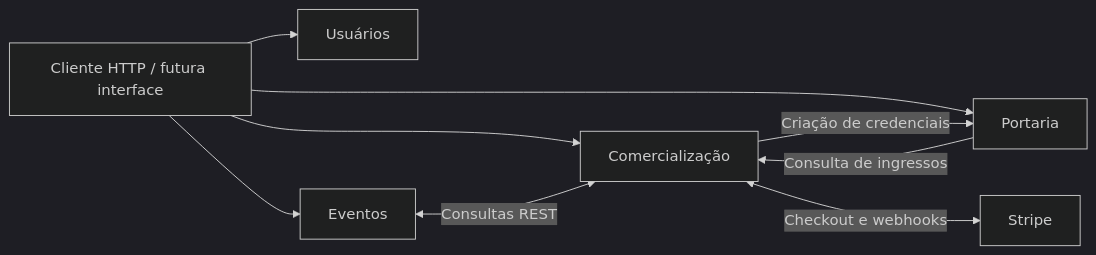
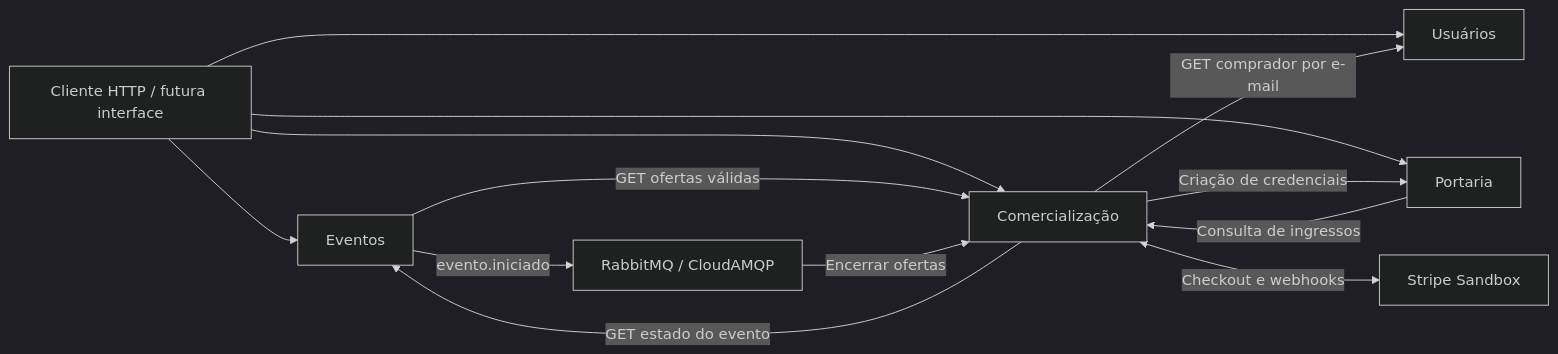
One commit to LaurenceFluciano/microsservicos-eventos-presenciais changed the diagram in README.md. Above: the diagram before and after it, drawn with Mermaid (dark theme). The commit also changed other lines of this file and 5 other files, not shown here.

Commit message:
docs: documentar infraestrutura cloud e ambiente sandbox publico

````diff
--- a/README.md
+++ b/README.md
@@ -51,18 +78,22 @@
 ```mermaid
 flowchart LR
     CLIENTE["Cliente HTTP / futura interface"]
     U["Usuários"]
     E["Eventos"]
     C["Comercialização"]
     P["Portaria"]
-    S["Stripe"]
-
+    S["Stripe Sandbox"]
+    R["RabbitMQ / CloudAMQP"]
     CLIENTE --> U
     CLIENTE --> E
     CLIENTE --> C
     CLIENTE --> P
-    E <-->|"Consultas REST"| C
+    E -->|"GET ofertas válidas"| C
+    C -->|"GET estado do evento"| E
+    C -->|"GET comprador por e-mail"| U
+    E -->|"evento.iniciado"| R
+    R -->|"Encerrar ofertas"| C
     C -->|"Criação de credenciais"| P
     P -->|"Consulta de ingressos"| C
     C <-->|"Checkout e webhooks"| S
 ```
````
